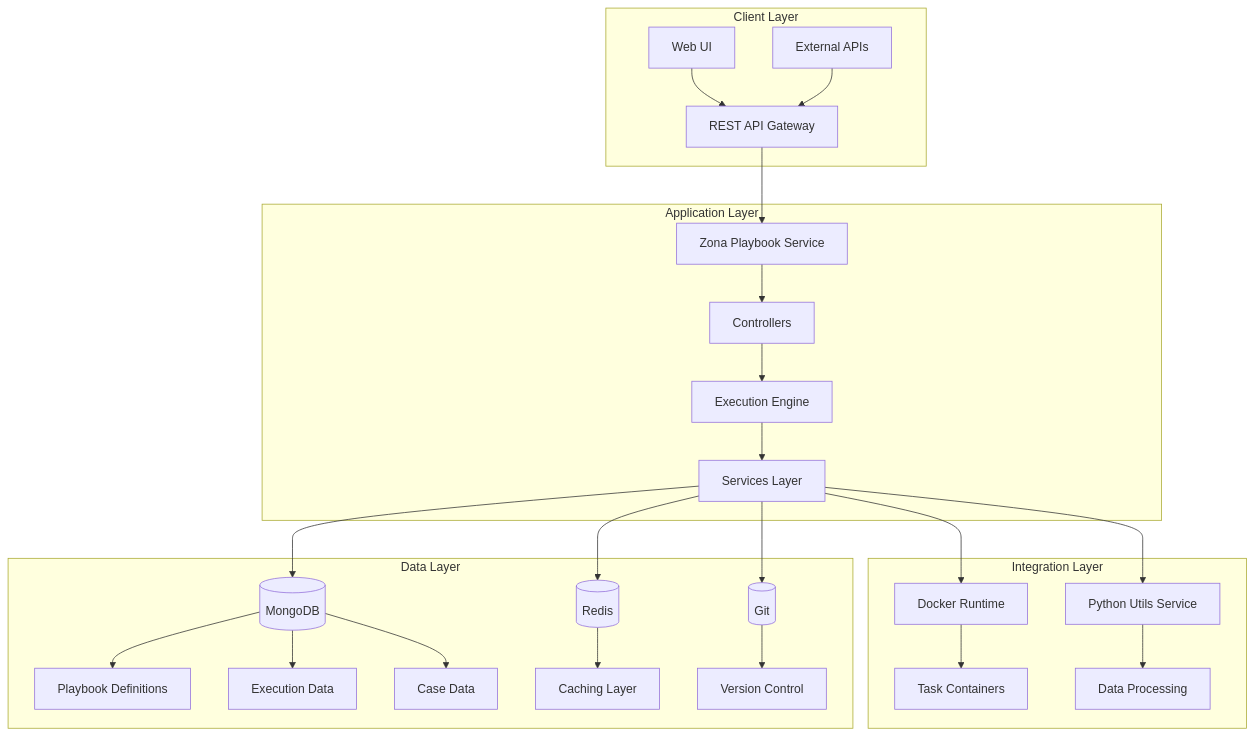
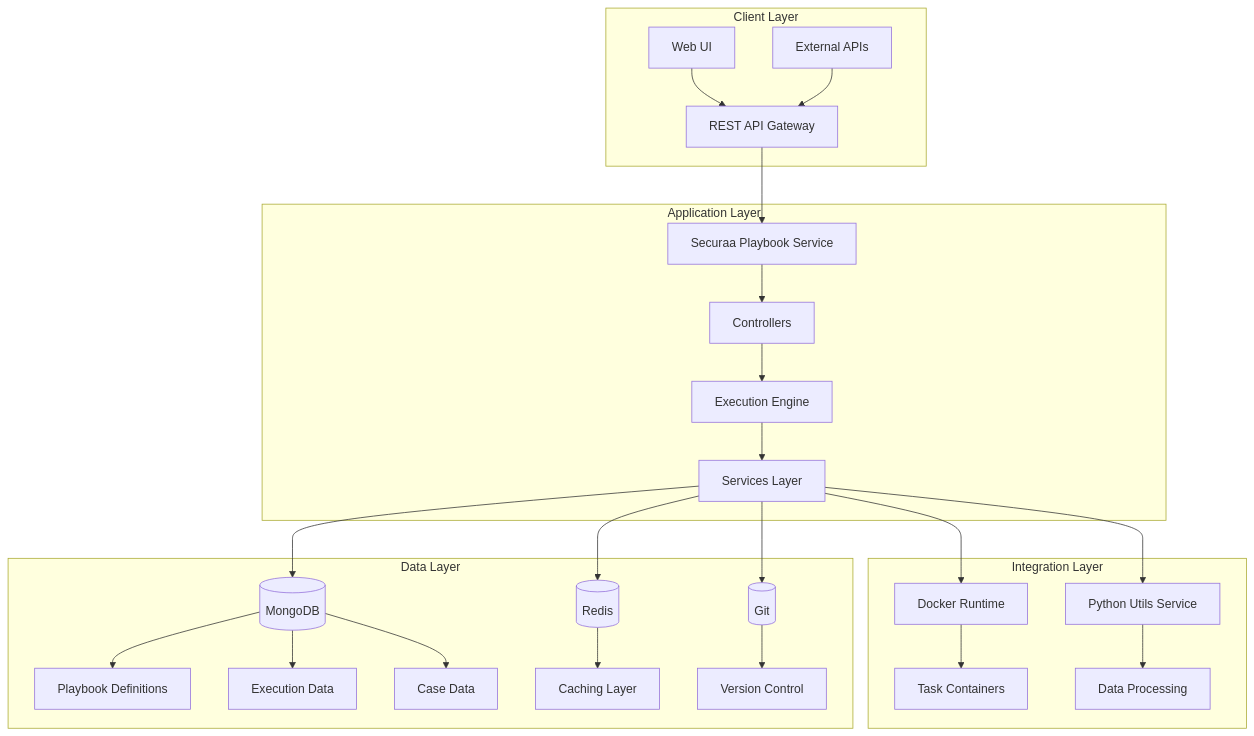
One commit to Vishwa0220/securaa-internal-documents changed the second of 9 diagrams in HIGH_LEVEL_DESIGN.md. Above: the diagram before and after it, drawn with Mermaid. The commit also changed other lines of this file, not shown here.

Commit message:
Update HIGH_LEVEL_DESIGN.md: replace zona with securaa and reduce code block spacing

````diff
--- a/HIGH_LEVEL_DESIGN.md
+++ b/HIGH_LEVEL_DESIGN.md
@@ -55,33 +55,33 @@
 ```mermaid
 graph TB
     subgraph "Client Layer"
         A[Web UI] --> B[REST API Gateway]
         C[External APIs] --> B
     end
     
     subgraph "Application Layer"
-        B --> D[Zona Playbook Service]
+        B --> D[Securaa Playbook Service]
         D --> E[Controllers]
         E --> F[Execution Engine]
         F --> G[Services Layer]
     end
     
     subgraph "Integration Layer"
         H[Docker Runtime] --> I[Task Containers]
         J[Python Utils Service] --> K[Data Processing]
     end
     
     subgraph "Data Layer"
         L[(MongoDB)] --> M[Playbook Definitions]
         L --> N[Execution Data]
         L --> O[Case Data]
         P[(Redis)] --> Q[Caching Layer]
         R[(Git)] --> S[Version Control]
     end
     
     G --> H
     G --> J
     G --> L
     G --> P
     G --> R
 ```
````
